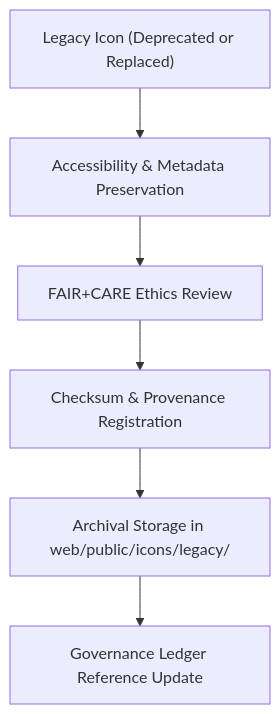
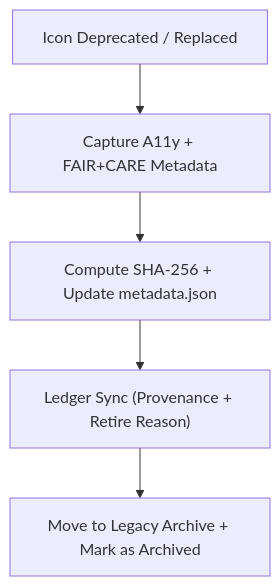
One commit to bartytime4life/Kansas-Frontier-Matrix changed the diagram in web/public/icons/legacy/README.md. Above: the diagram before and after it, drawn with Mermaid. The commit also changed other lines of this file, not shown here.

````diff
--- a/web/public/icons/legacy/README.md
+++ b/web/public/icons/legacy/README.md
@@ -66,8 +56,7 @@
 ```mermaid
 flowchart TD
-    A["Legacy Icon (Deprecated or Replaced)"] --> B["Accessibility & Metadata Preservation"]
-    B --> C["FAIR+CARE Ethics Review"]
-    C --> D["Checksum & Provenance Registration"]
-    D --> E["Archival Storage in web/public/icons/legacy/"]
-    E --> F["Governance Ledger Reference Update"]
+A["Icon Deprecated / Replaced"] --> B["Capture A11y + FAIR+CARE Metadata"]
+B --> C["Compute SHA-256 + Update metadata.json"]
+C --> D["Ledger Sync (Provenance + Retire Reason)"]
+D --> E["Move to Legacy Archive + Mark as Archived"]
 ```
````
